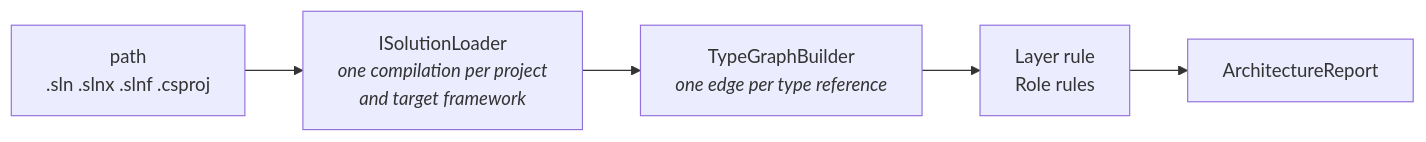
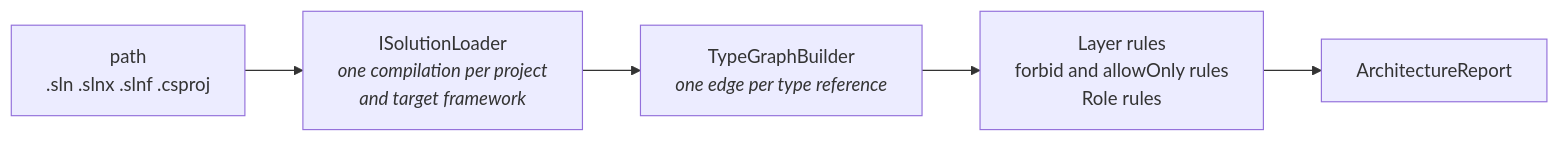
One commit to MarcelRoozekrans/Ariadne.NET changed the diagram in docs-site/docs/how-it-works/08-validation.md. Above: the diagram before and after it, drawn with Mermaid. The commit also changed other lines of this file and 173 other files, not shown here.

First line of the commit message:
feat!: rule schema v2 with selectors, forbid and allowOnly rules (#35)

````diff
--- a/docs-site/docs/how-it-works/08-validation.md
+++ b/docs-site/docs/how-it-works/08-validation.md
@@ -24,7 +24,7 @@
 ```mermaid
 flowchart LR
     A["path<br/>.sln .slnx .slnf .csproj"] --> B["ISolutionLoader<br/><i>one compilation per project<br/>and target framework</i>"]
     B --> C["TypeGraphBuilder<br/><i>one edge per type reference</i>"]
-    C --> D["Layer rule<br/>Role rules"]
+    C --> D["Layer rules<br/>forbid and allowOnly rules<br/>Role rules"]
     D --> E["ArchitectureReport"]
 ```
````
